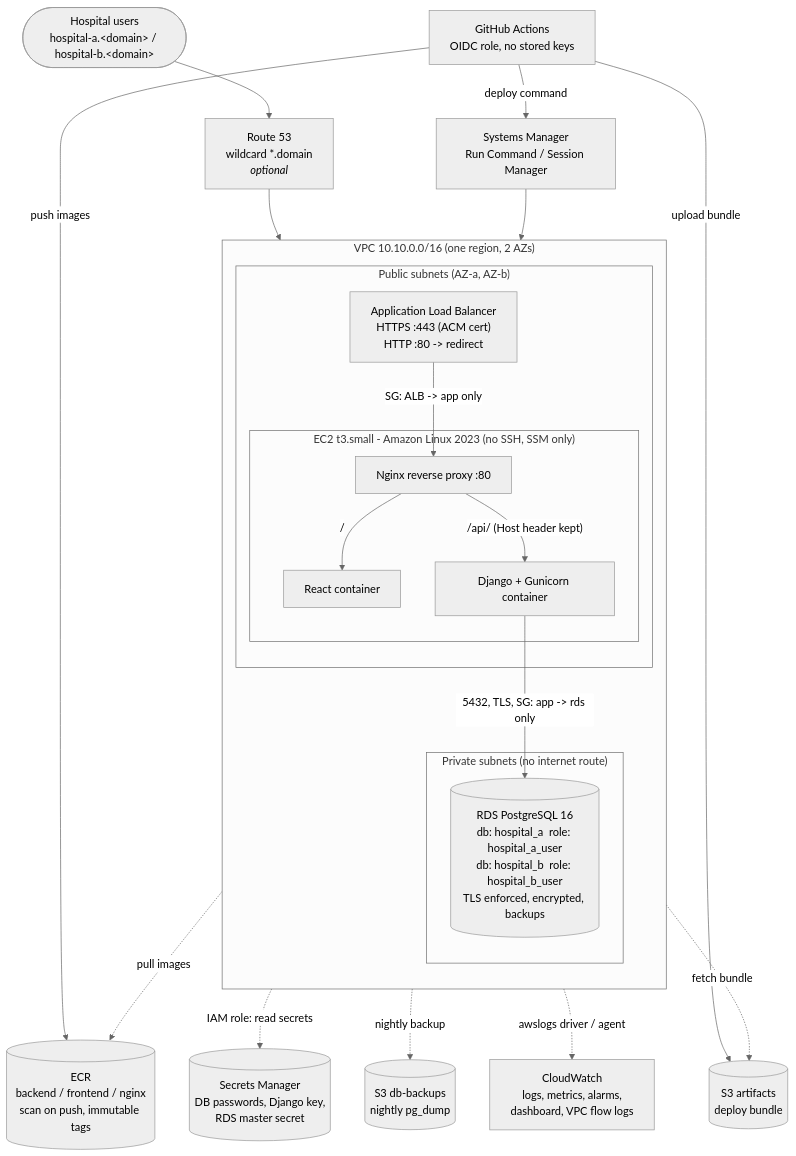
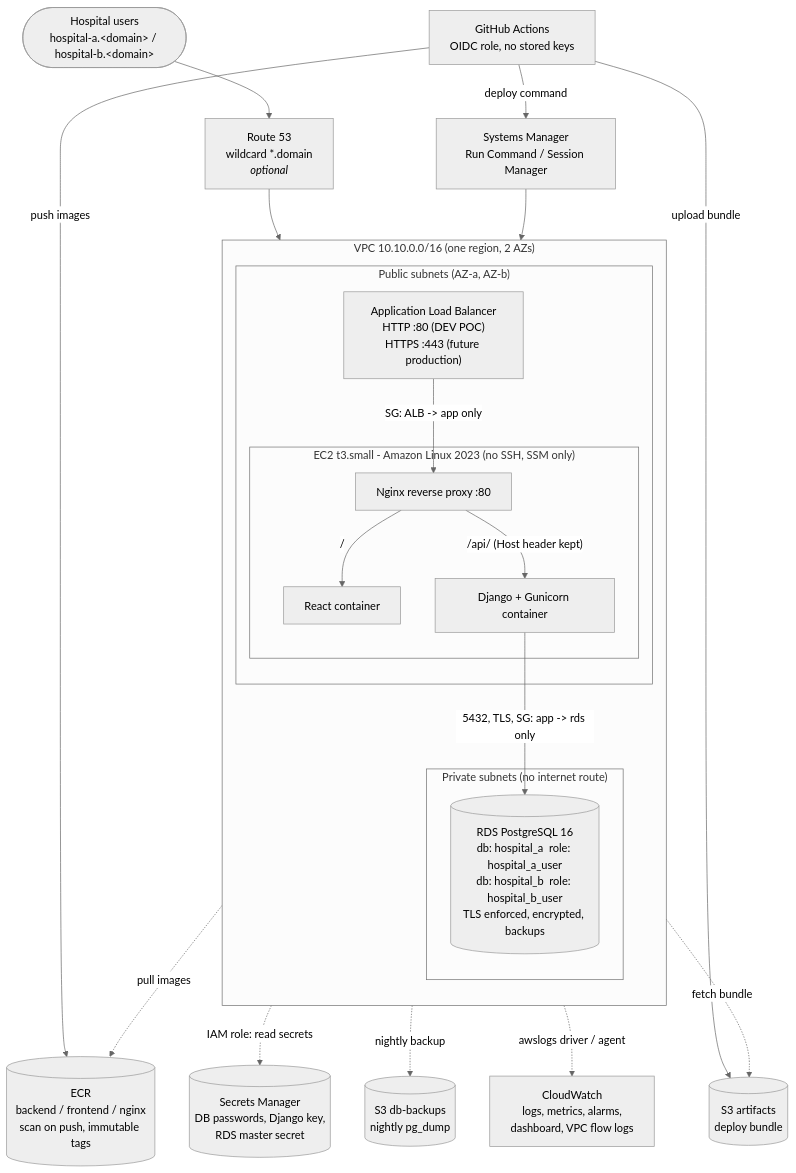
The diagram in docs/architecture.md (sakthipriya94/healthcare-devops-poc), drawn with Mermaid (neutral theme) before and after one commit. The commit also changed other lines of this file and 7 other files, not shown here.

````diff
--- a/docs/architecture.md
+++ b/docs/architecture.md
@@ -7,42 +7,42 @@
 ```mermaid
 flowchart TB
   user([Hospital users<br/>hospital-a.&lt;domain&gt; / hospital-b.&lt;domain&gt;])
   r53[Route 53<br/>wildcard *.domain<br/><i>optional</i>]
   user --> r53 --> alb
 
   subgraph VPC["VPC 10.10.0.0/16 (one region, 2 AZs)"]
     direction TB
     subgraph PUB["Public subnets (AZ-a, AZ-b)"]
-      alb["Application Load Balancer<br/>HTTPS :443 (ACM cert)<br/>HTTP :80 -> redirect"]
+      alb["Application Load Balancer<br/>HTTP :80 (DEV POC)<br/>HTTPS :443 (future production)"]
       subgraph EC2["EC2 t3.small - Amazon Linux 2023 (no SSH, SSM only)"]
         nginx["Nginx reverse proxy :80"]
         fe["React container"]
         be["Django + Gunicorn container"]
         nginx -->|"/"| fe
         nginx -->|"/api/ (Host header kept)"| be
       end
       alb -->|"SG: ALB -> app only"| nginx
     end
     subgraph PRIV["Private subnets (no internet route)"]
       rds[("RDS PostgreSQL 16<br/>db: hospital_a  role: hospital_a_user<br/>db: hospital_b  role: hospital_b_user<br/>TLS enforced, encrypted, backups")]
     end
     be -->|"5432, TLS, SG: app -> rds only"| rds
   end
 
   ecr[(ECR<br/>backend / frontend / nginx<br/>scan on push, immutable tags)]
   sm[(Secrets Manager<br/>DB passwords, Django key,<br/>RDS master secret)]
   s3a[(S3 artifacts<br/>deploy bundle)]
   s3b[(S3 db-backups<br/>nightly pg_dump)]
   cw[CloudWatch<br/>logs, metrics, alarms,<br/>dashboard, VPC flow logs]
   ssm[Systems Manager<br/>Run Command / Session Manager]
   gha[GitHub Actions<br/>OIDC role, no stored keys]
 
   EC2 -. pull images .-> ecr
   EC2 -. IAM role: read secrets .-> sm
   EC2 -. nightly backup .-> s3b
   EC2 -. awslogs driver / agent .-> cw
   gha -- push images --> ecr
   gha -- upload bundle --> s3a
   gha -- deploy command --> ssm --> EC2
   EC2 -. fetch bundle .-> s3a
 ```
````
